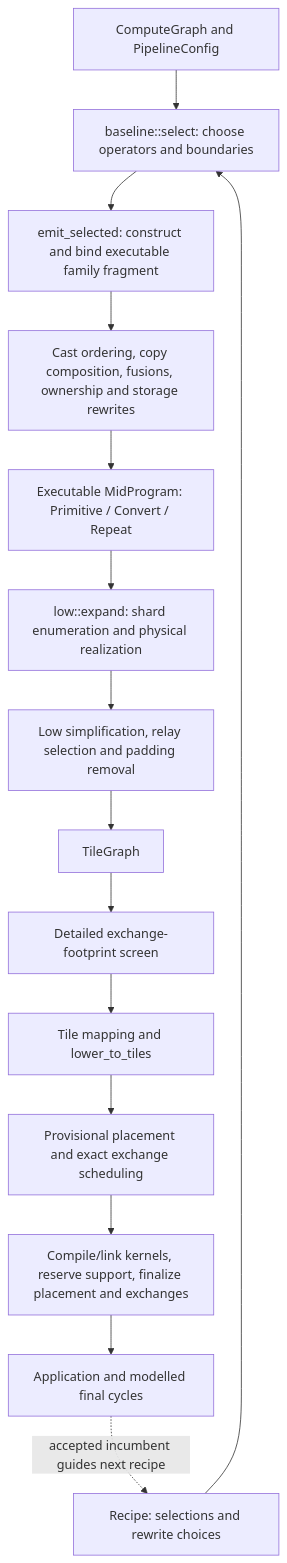
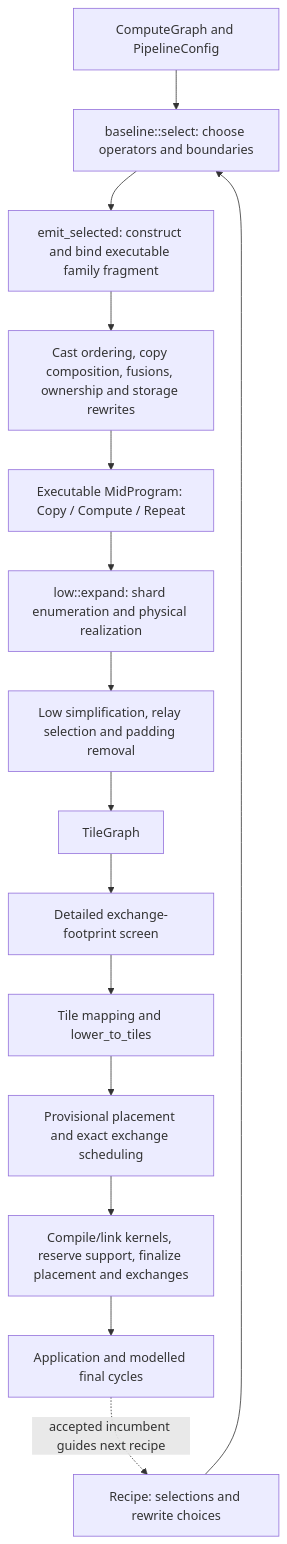
One commit to osmarks/ipu-stack changed the first of 3 diagrams in docs/COMPILER_DATA_FLOW.md. Above: the diagram before and after it, drawn with Mermaid. The commit also changed other lines of this file and 40 other files, not shown here.

Commit message:
Unify executable mid copies, casts and distributed compute

````diff
--- a/docs/COMPILER_DATA_FLOW.md
+++ b/docs/COMPILER_DATA_FLOW.md
@@ -41,17 +42,17 @@
 ```mermaid
 flowchart TD
   G[ComputeGraph and PipelineConfig] --> P[baseline::select: choose operators and boundaries]
   R[Recipe: selections and rewrite choices] --> P
   P --> I[emit_selected: construct and bind executable family fragment]
   I --> W[Cast ordering, copy composition, fusions, ownership and storage rewrites]
-  W --> M[Executable MidProgram: Primitive / Convert / Repeat]
+  W --> M[Executable MidProgram: Copy / Compute / Repeat]
   M --> E[low::expand: shard enumeration and physical realization]
   E --> O[Low simplification, relay selection and padding removal]
   O --> T[TileGraph]
   T --> F[Detailed exchange-footprint screen]
   F --> L[Tile mapping and lower_to_tiles]
   L --> V[Provisional placement and exact exchange scheduling]
   V --> B[Compile/link kernels, reserve support, finalize placement and exchanges]
   B --> A[Application and modelled final cycles]
   A -. accepted incumbent guides next recipe .-> R
 ```
````
